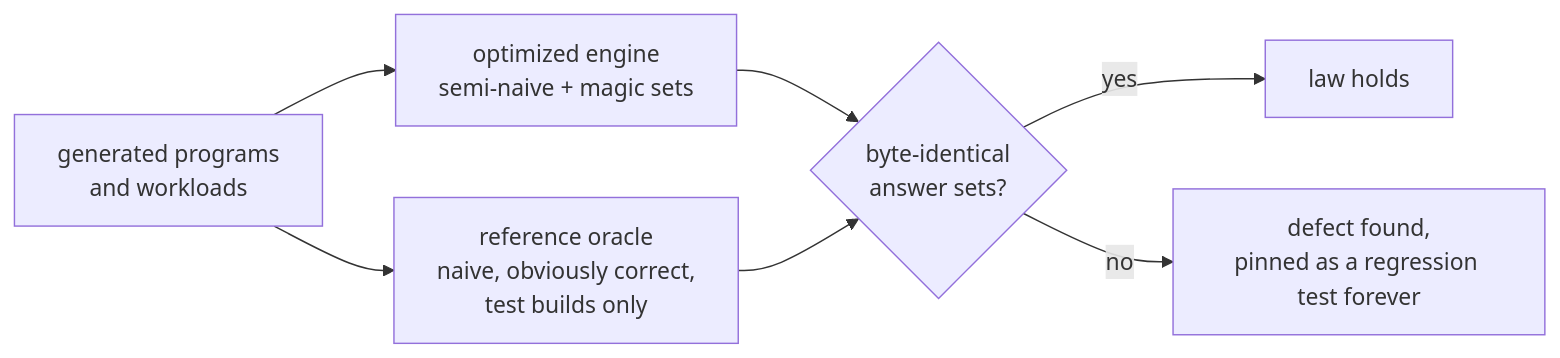
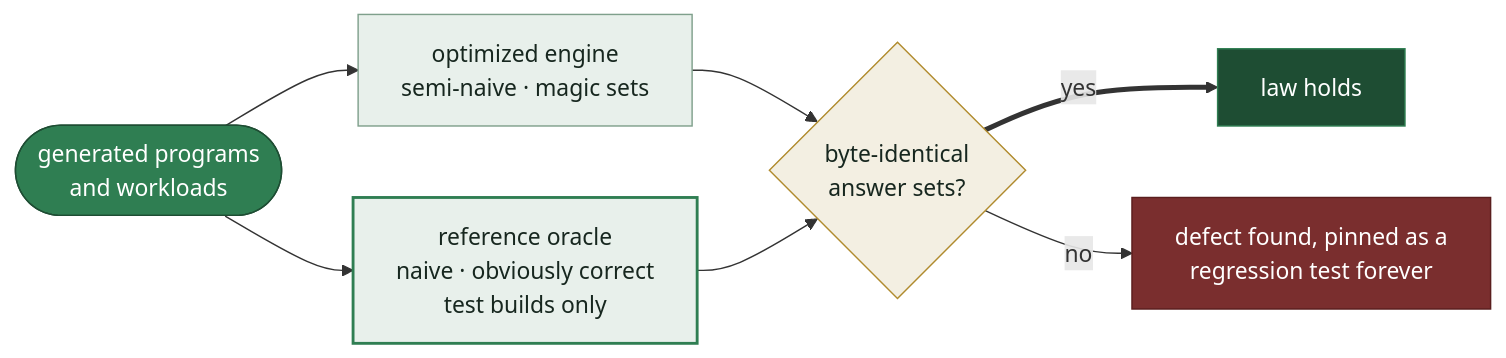
The third of 3 diagrams in README.md (kyzodb/kyzo), drawn with Mermaid before and after one commit. The commit also changed other lines of this file, not shown here.

Commit message:
README design pass: syntax highlighting, branded diagrams, native warning callout

````diff
--- a/README.md
+++ b/README.md
@@ -253,9 +277,19 @@
 ```mermaid
+%%{init: {'flowchart': {'curve': 'basis'}}}%%
 flowchart LR
-    GEN["generated programs<br/>and workloads"] --> ENG["optimized engine<br/>semi-naive + magic sets"]
-    GEN --> ORC["reference oracle<br/>naive, obviously correct,<br/>test builds only"]
-    ENG --> CMP{"byte-identical<br/>answer sets?"}
+    GEN(["generated programs<br/>and workloads"]):::actor
+    ENG["optimized engine<br/>semi-naive · magic sets"]:::proc
+    ORC["reference oracle<br/>naive · obviously correct<br/>test builds only"]:::law
+    GEN --> ENG
+    GEN --> ORC
+    ENG --> CMP{"byte-identical<br/>answer sets?"}:::gate
     ORC --> CMP
-    CMP -- yes --> PASS["law holds"]
-    CMP -- no --> FAIL["defect found,<br/>pinned as a regression test forever"]
+    CMP == yes ==> PASS["law holds"]:::pass
+    CMP -- no --> FAIL["defect found, pinned as a<br/>regression test forever"]:::fail
+    classDef actor fill:#2F7E52,stroke:#1E4D33,color:#FFFFFF
+    classDef proc fill:#E8F0EB,stroke:#7FA08C,color:#17271F
+    classDef law fill:#E8F0EB,stroke:#2F7E52,stroke-width:2px,color:#17271F
+    classDef gate fill:#F3EFE2,stroke:#B08B2E,color:#17271F
+    classDef pass fill:#1E4D33,stroke:#2F7E52,color:#FFFFFF
+    classDef fail fill:#7A2E2E,stroke:#5A1E1E,color:#FFFFFF
 ```
````
